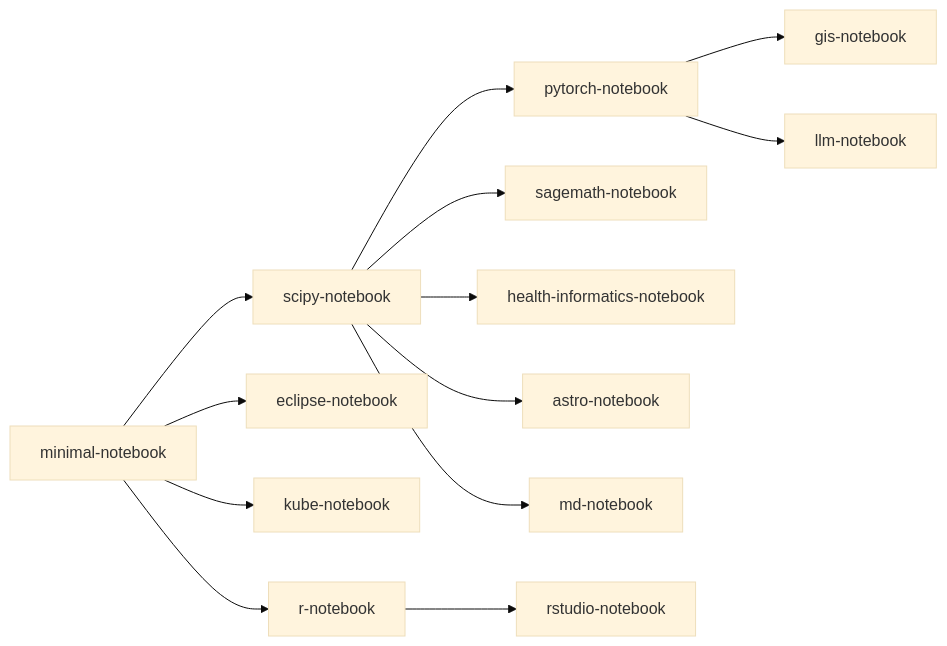
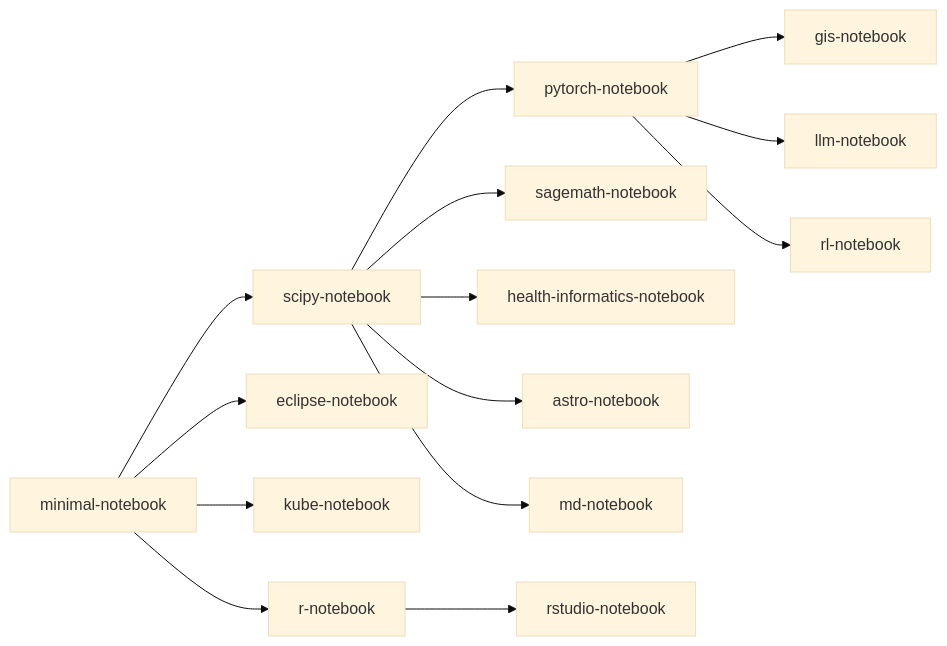
The second of 2 diagrams in docs/instructionalcluster/availableimages.md (SDSU-Research-CI/SDSU-Research-CI.github.io), drawn with Mermaid (base theme) before and after one commit. The commit also changed other lines of this file, not shown here.

Commit message:
Added Reinforcement Learning Notebook

````diff
--- a/docs/instructionalcluster/availableimages.md
+++ b/docs/instructionalcluster/availableimages.md
@@ -73,29 +74,31 @@
 ```mermaid
 graph LR;
     A[minimal-notebook]
     B[scipy-notebook]
     C[pytorch-notebook]
     D[eclipse-notebook]
     E[kube-notebook]
     F[sagemath-notebook]
     G[gis-notebook]
     H[health-informatics-notebook]
     I[astro-notebook]
     J[llm-notebook]
     K[md-notebook]
     L[r-notebook]
     M[rstudio-notebook]
+    N[rl-notebook]
 
     A-->B
     A-->D
     A-->E
     B-->C
     B-->F
     B-->H
     B-->I
     B-->K
     C-->G
     C-->J
     A-->L
     L-->M
+    C-->N
 ```
````
